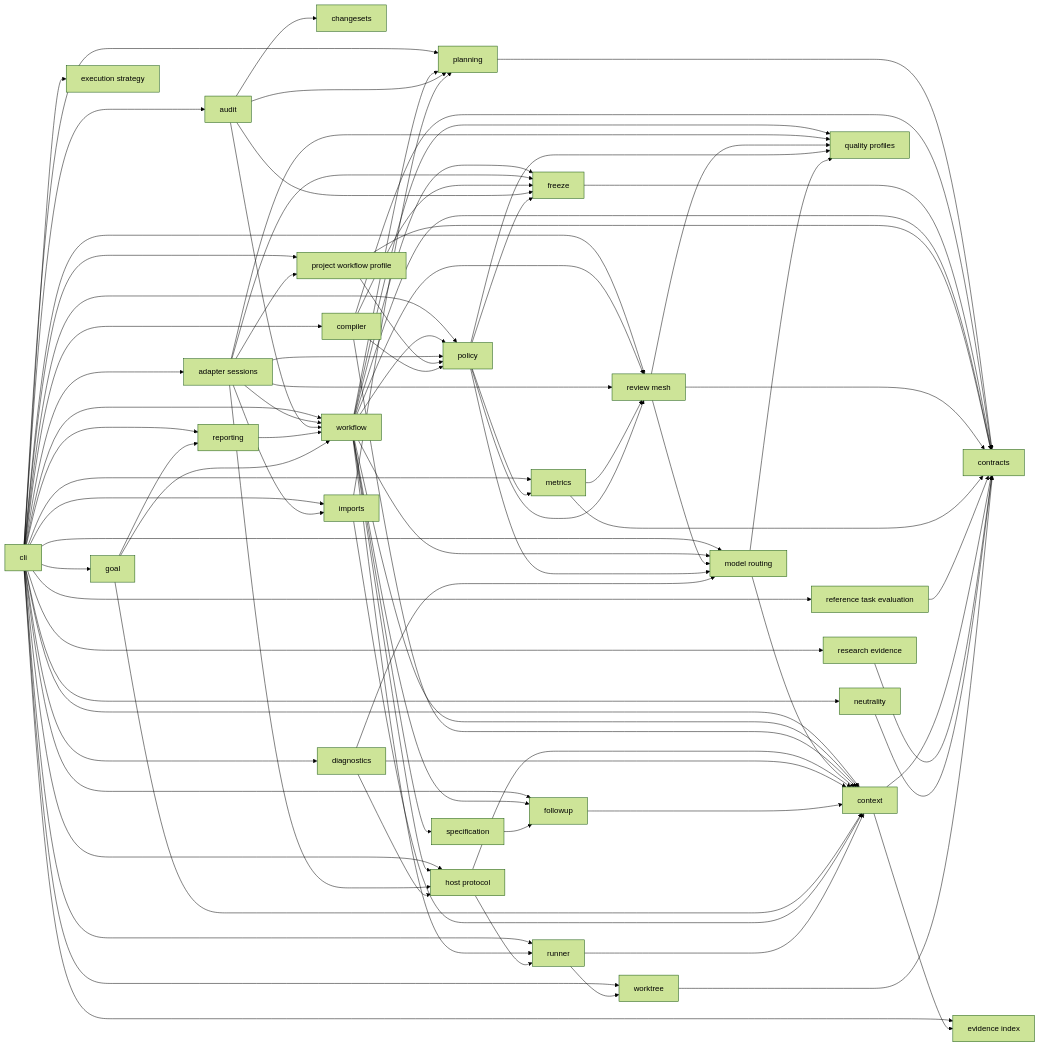
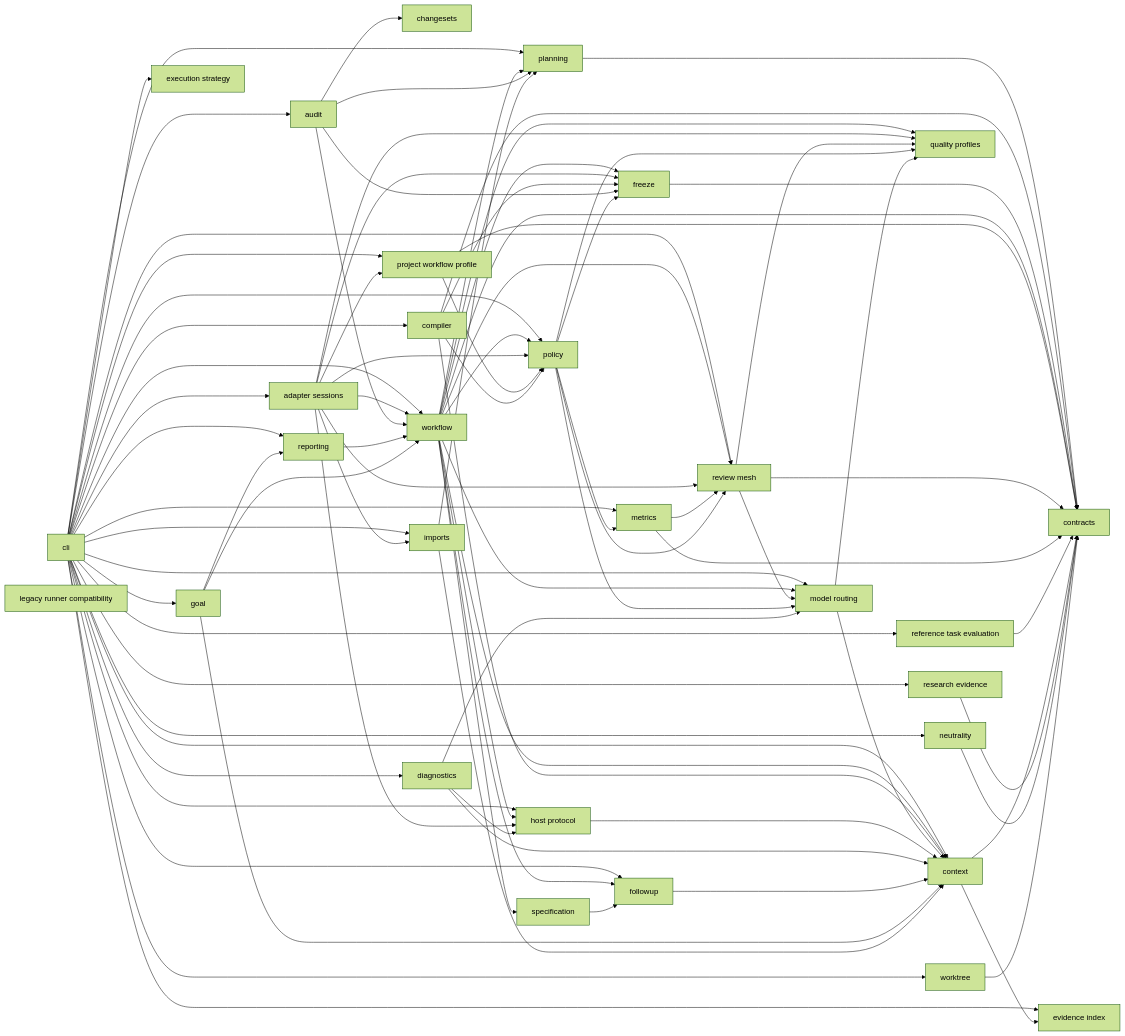
One commit to avksp/agent-lifecycle-kit changed the fourth of 19 diagrams in docs/architecture/system-architecture.md. Above: the diagram before and after it, drawn with Mermaid (forest theme). The commit also changed other lines of this file and 94 other files, not shown here.

```diff
--- a/docs/architecture/system-architecture.md
+++ b/docs/architecture/system-architecture.md
@@ -417,7 +416,7 @@
   strategy[execution strategy]
   benchmarks[reference task evaluation]
   neutrality[neutrality]
-  runner[runner]
+  legacy[legacy runner compatibility]
   worktree[worktree]
 
   cli --> planning
@@ -442,7 +441,6 @@
   cli --> benchmarks
   cli --> strategy
   cli --> neutrality
-  cli --> runner
   cli --> worktree
   planning --> contracts
   compiler --> contracts
@@ -457,7 +455,6 @@
   workflow --> policy
   workflow --> quality
   workflow --> review_mesh
-  workflow --> runner
   workflow --> specification
   adapter_sessions --> workflow
   adapter_sessions --> freeze
@@ -490,7 +487,6 @@
   model_routing --> context
   model_routing --> quality
   host_protocol --> context
-  host_protocol --> runner
   context --> evidence_index
   diagnostics --> context
   diagnostics --> host_protocol
@@ -502,8 +498,6 @@
   imports --> context
   imports --> planning
   specification --> followup
-  runner --> context
-  runner --> worktree
   benchmarks --> contracts
   context --> contracts
   research --> contracts
```
